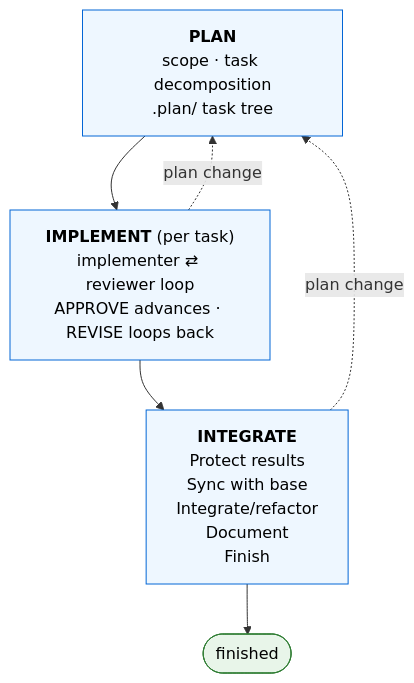
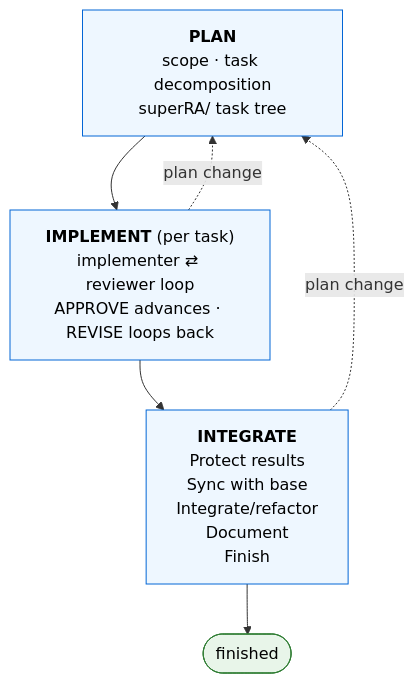
Before and after one commit to FuZhiyu/superRA: the diagram in README.md, drawn with Mermaid. The commit also changed other lines of this file and 160 other files, not shown here.

First line of the commit message:
Merge better-handoff-renaming (squash): rename .plan/ task tree to superRA/

````diff
--- a/README.md
+++ b/README.md
@@ -32,19 +32,19 @@
 ```mermaid
 flowchart TB
-    PLAN["<b>PLAN</b><br/>scope · task decomposition<br/>.plan/ task tree"]
+    PLAN["<b>PLAN</b><br/>scope · task decomposition<br/>superRA/ task tree"]
     IMPLEMENT["<b>IMPLEMENT</b> (per task)<br/>implementer ⇄ reviewer loop<br/>APPROVE advances · REVISE loops back"]
     INTEGRATE["<b>INTEGRATE</b><br/>Protect results <br/>Sync with base<br/>Integrate/refactor<br/>Document<br/>Finish"]
     FINISHED(["finished"])
 
     PLAN --> IMPLEMENT
     IMPLEMENT --> INTEGRATE
     INTEGRATE --> FINISHED
 
     IMPLEMENT -. "plan change" .-> PLAN
     INTEGRATE -. "plan change" .-> PLAN
 
     classDef phase fill:#eef7ff,stroke:#0366d6,color:#000
     classDef terminal fill:#e8f5e9,stroke:#2e7d32,color:#000
     class PLAN,IMPLEMENT,INTEGRATE phase
     class FINISHED terminal
 ```
````
